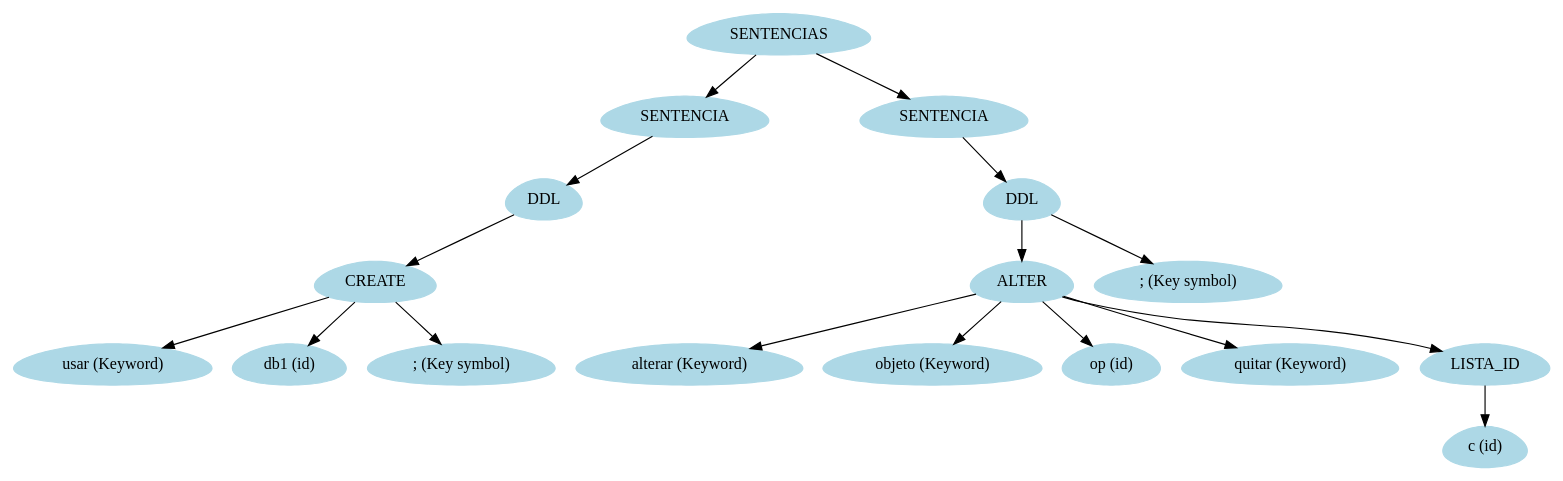
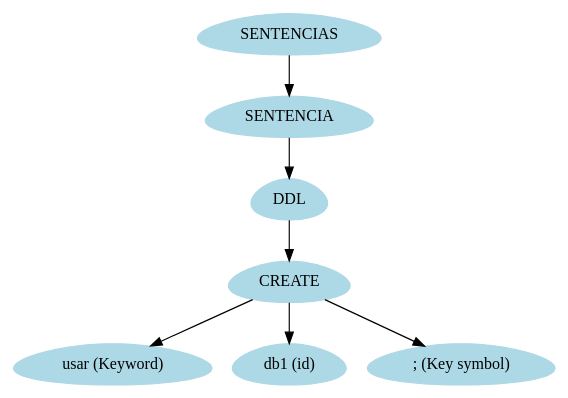
The diagram in [OLC2]Proyecto1_201325583/ServidorDB/bin/Debug/arbolAst.dot (Losajhonny/FI-SQL), drawn with Graphviz before and after one commit. The commit also changed 17 other files, not shown here.

Commit message:
Crear DDL 71% falta proc y func Alter DDL 100% Eliminar DDL 0%

```diff
--- a/[OLC2]Proyecto1_201325583/ServidorDB/bin/Debug/arbolAst.dot
+++ b/[OLC2]Proyecto1_201325583/ServidorDB/bin/Debug/arbolAst.dot
@@ -1,36 +1,16 @@
 digraph grafo{
 node [shape = egg];
-10923418[label="SENTENCIAS", style = filled, color = lightblue];
-31201899[label="SENTENCIA", style = filled, color = lightblue];
-10923418->31201899;
-12381635[label="DDL", style = filled, color = lightblue];
-31201899->12381635;
-44325851[label="CREATE", style = filled, color = lightblue];
-12381635->44325851;
-63388340[label="usar (Keyword)", style = filled, color = lightblue];
-44325851->63388340;
-33624151[label="db1 (id)", style = filled, color = lightblue];
-44325851->33624151;
-34181910[label="; (Key symbol)", style = filled, color = lightblue];
-44325851->34181910;
-39201736[label="SENTENCIA", style = filled, color = lightblue];
-10923418->39201736;
-17271312[label="DDL", style = filled, color = lightblue];
-39201736->17271312;
-21224086[label="ALTER", style = filled, color = lightblue];
-17271312->21224086;
-56799051[label="alterar (Keyword)", style = filled, color = lightblue];
-21224086->56799051;
-41429416[label="objeto (Keyword)", style = filled, color = lightblue];
-21224086->41429416;
-37320431[label="op (id)", style = filled, color = lightblue];
-21224086->37320431;
-339559[label="quitar (Keyword)", style = filled, color = lightblue];
-21224086->339559;
-3056034[label="LISTA_ID", style = filled, color = lightblue];
-21224086->3056034;
-27504314[label="c (id)", style = filled, color = lightblue];
-3056034->27504314;
-46212239[label="; (Key symbol)", style = filled, color = lightblue];
-17271312->46212239;
+4094363[label="SENTENCIAS", style = filled, color = lightblue];
+36849274[label="SENTENCIA", style = filled, color = lightblue];
+4094363->36849274;
+63208015[label="DDL", style = filled, color = lightblue];
+36849274->63208015;
+32001227[label="CREATE", style = filled, color = lightblue];
+63208015->32001227;
+19575591[label="usar (Keyword)", style = filled, color = lightblue];
+32001227->19575591;
+41962596[label="db1 (id)", style = filled, color = lightblue];
+32001227->41962596;
+42119052[label="; (Key symbol)", style = filled, color = lightblue];
+32001227->42119052;
 }
```
